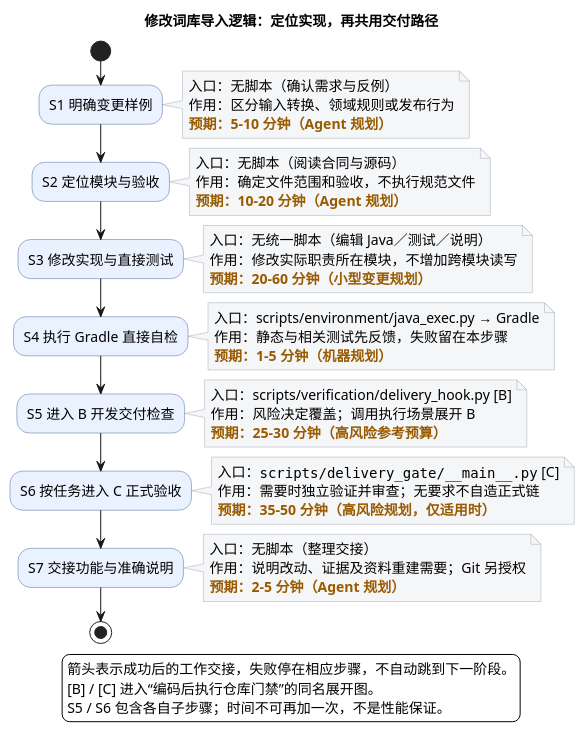
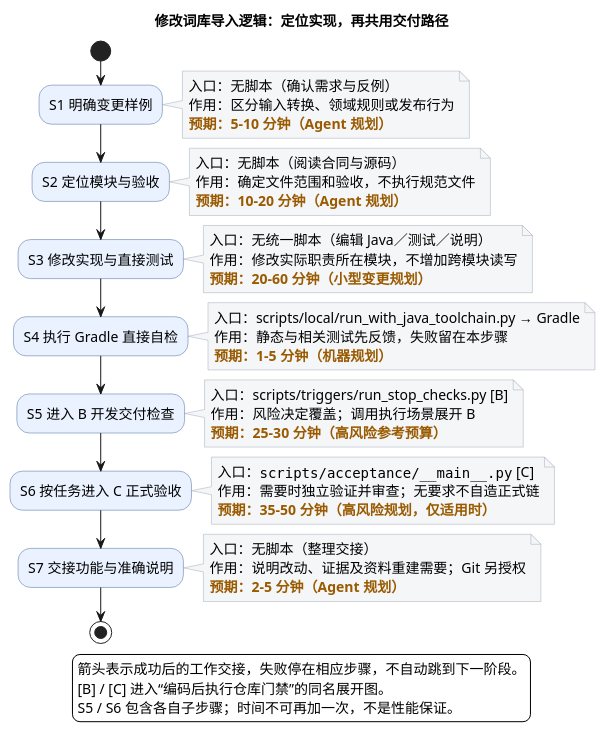
The diagram in docs/scenarios/change-lexicon-import.md (iampkuhz/lexiflow), drawn with PlantUML before and after one commit. The commit also changed other lines of this file and 493 other files, not shown here.

````diff
--- a/docs/scenarios/change-lexicon-import.md
+++ b/docs/scenarios/change-lexicon-import.md
@@ -9,64 +9,64 @@
 ```plantuml
 @startuml
 skinparam backgroundColor white
 skinparam defaultFontName SansSerif
 skinparam defaultFontSize 14
 skinparam shadowing false
 skinparam nodesep 40
 skinparam ranksep 35
 skinparam activityBackgroundColor #EAF2FF
 skinparam activityBorderColor #46699A
 skinparam noteBackgroundColor #F5F6F8
 skinparam noteBorderColor #A0AAB8
 title 修改词库导入逻辑：定位实现，再共用交付路径
 start
 :S1 明确变更样例;
 note right
 入口：无脚本（确认需求与反例）
 作用：区分输入转换、领域规则或发布行为
 <color:#995A00><b>预期：5–10 分钟（Agent 规划）</b></color>
 end note
 :S2 定位模块与验收;
 note right
 入口：无脚本（阅读合同与源码）
 作用：确定文件范围和验收，不执行规范文件
 <color:#995A00><b>预期：10–20 分钟（Agent 规划）</b></color>
 end note
 :S3 修改实现与直接测试;
 note right
 入口：无统一脚本（编辑 Java／测试／说明）
 作用：修改实际职责所在模块，不增加跨模块读写
 <color:#995A00><b>预期：20–60 分钟（小型变更规划）</b></color>
 end note
 :S4 执行 Gradle 直接自检;
 note right
-入口：scripts/environment/java_exec.py → Gradle
+入口：scripts/local/run_with_java_toolchain.py → Gradle
 作用：静态与相关测试先反馈，失败留在本步骤
 <color:#995A00><b>预期：1–5 分钟（机器规划）</b></color>
 end note
 :S5 进入 B 开发交付检查;
 note right
-入口：scripts/verification/delivery_hook.py [B]
+入口：scripts/triggers/run_stop_checks.py [B]
 作用：风险决定覆盖；调用执行场景展开 B
 <color:#995A00><b>预期：25–30 分钟（高风险参考预算）</b></color>
 end note
 :S6 按任务进入 C 正式验收;
 note right
-入口：""scripts/delivery_gate/~_~_main~_~_.py"" [C]
+入口：""scripts/acceptance/~_~_main~_~_.py"" [C]
 作用：需要时独立验证并审查；无要求不自造正式链
 <color:#995A00><b>预期：35–50 分钟（高风险规划，仅适用时）</b></color>
 end note
 :S7 交接功能与准确说明;
 note right
 入口：无脚本（整理交接）
 作用：说明改动、证据及资料重建需要；Git 另授权
 <color:#995A00><b>预期：2–5 分钟（Agent 规划）</b></color>
 end note
 stop
 legend bottom
 箭头表示成功后的工作交接，失败停在相应步骤，不自动跳到下一阶段。
 [B] / [C] 进入“编码后执行仓库门禁”的同名展开图。
 S5 / S6 包含各自子步骤；时间不可再加一次，不是性能保证。
 endlegend
 @enduml
 ```
````
